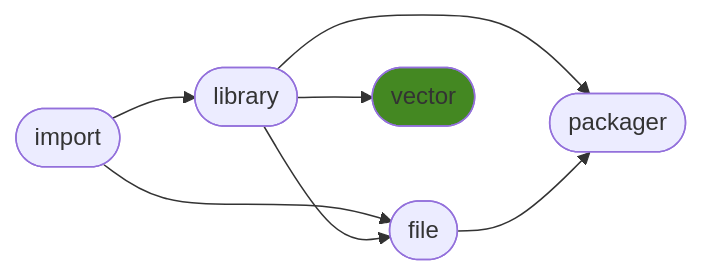
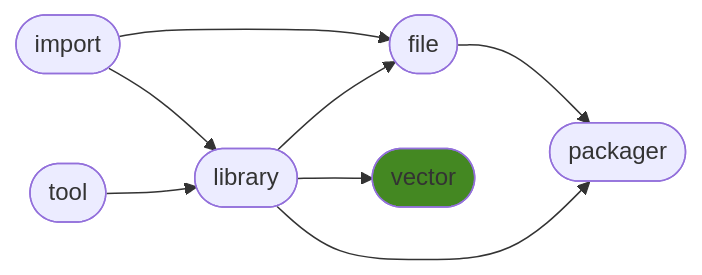
One commit to ManderaGeneral/generalvector changed the diagram in README.md. Above: the diagram before and after it, drawn with Mermaid. The commit also changed other lines of this file, not shown here.

Commit message:
[CI AUTO] Sync triggered by generaltool

````diff
--- a/README.md
+++ b/README.md
@@ -24,15 +24,17 @@
 ```mermaid
 flowchart LR
-1([library]) --> 3([vector])
-1([library]) --> 4([packager])
-0([import]) --> 2([file])
-1([library]) --> 2([file])
-0([import]) --> 1([library])
-2([file]) --> 4([packager])
+3([file]) --> 5([packager])
+0([import]) --> 3([file])
+2([library]) --> 3([file])
+2([library]) --> 4([vector])
+2([library]) --> 5([packager])
+1([tool]) --> 2([library])
+0([import]) --> 2([library])
 click 0 "https://github.com/ManderaGeneral/generalimport"
-click 1 "https://github.com/ManderaGeneral/generallibrary"
-click 2 "https://github.com/ManderaGeneral/generalfile"
-click 3 "https://github.com/ManderaGeneral/generalvector"
-click 4 "https://github.com/ManderaGeneral/generalpackager"
-style 3 fill:#482
+click 1 "https://github.com/ManderaGeneral/generaltool"
+click 2 "https://github.com/ManderaGeneral/generallibrary"
+click 3 "https://github.com/ManderaGeneral/generalfile"
+click 4 "https://github.com/ManderaGeneral/generalvector"
+click 5 "https://github.com/ManderaGeneral/generalpackager"
+style 4 fill:#482
 ```
````
